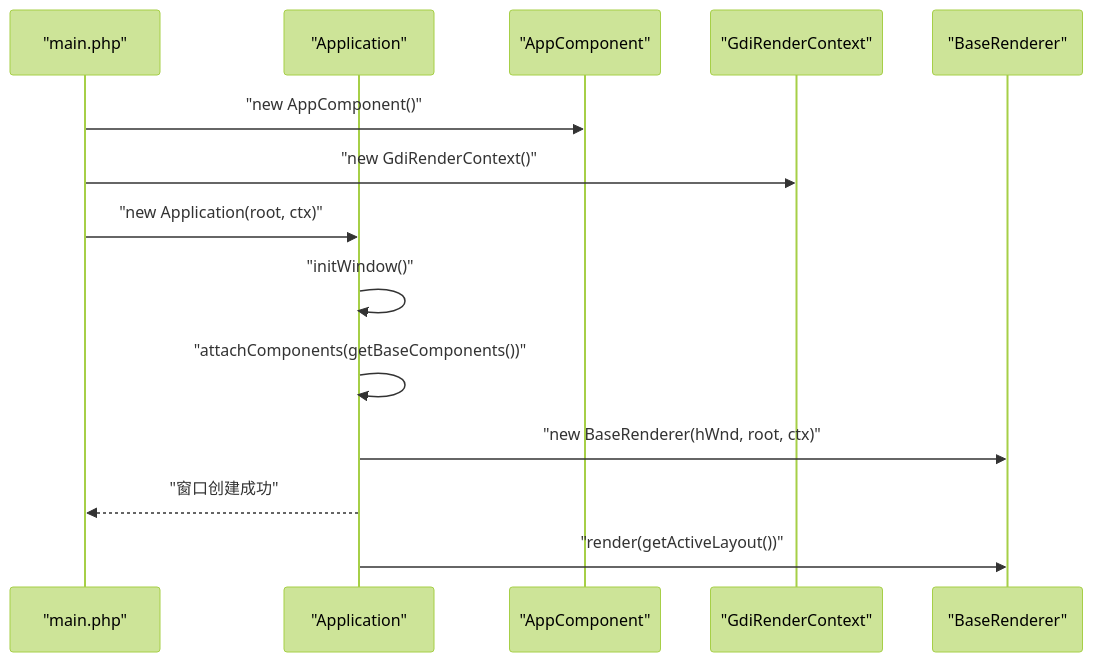
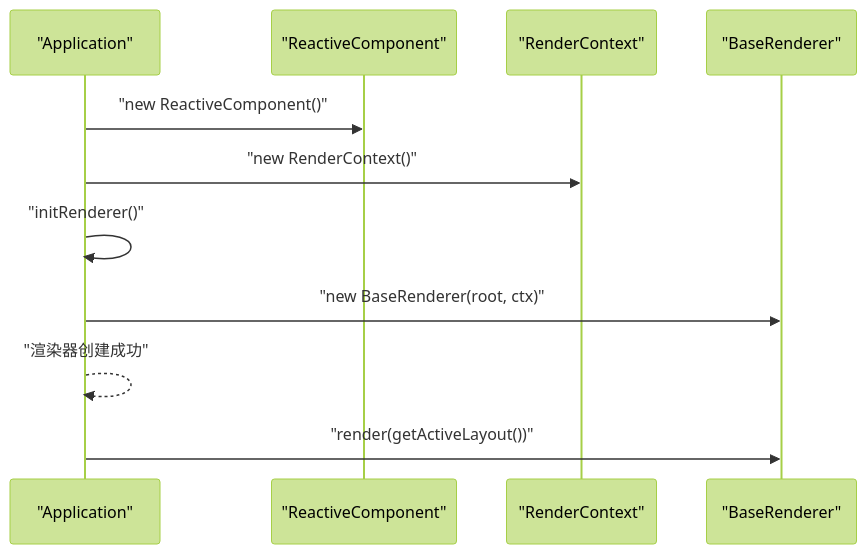
The fifth of 7 diagrams in .qoder/repowiki/zh/content/渲染系统实现/渲染器架构设计.md (xingye00186/PUI), drawn with Mermaid (forest theme) before and after one commit. The commit also changed other lines of this file and 10 other files, not shown here.

````diff
--- a/.qoder/repowiki/zh/content/渲染系统实现/渲染器架构设计.md
+++ b/.qoder/repowiki/zh/content/渲染系统实现/渲染器架构设计.md
@@ -273,16 +277,13 @@
 ```mermaid
 sequenceDiagram
-participant Main as "main.php"
 participant App as "Application"
-participant Root as "AppComponent"
-participant Ctx as "GdiRenderContext"
+participant Root as "ReactiveComponent"
+participant Ctx as "RenderContext"
 participant Renderer as "BaseRenderer"
-Main->>Root : "new AppComponent()"
-Main->>Ctx : "new GdiRenderContext()"
-Main->>App : "new Application(root, ctx)"
-App->>App : "initWindow()"
-App->>App : "attachComponents(getBaseComponents())"
-App->>Renderer : "new BaseRenderer(hWnd, root, ctx)"
-App-->>Main : "窗口创建成功"
+App->>Root : "new ReactiveComponent()"
+App->>Ctx : "new RenderContext()"
+App->>App : "initRenderer()"
+App->>Renderer : "new BaseRenderer(root, ctx)"
+App-->>App : "渲染器创建成功"
 App->>Renderer : "render(getActiveLayout())"
 ```
````
